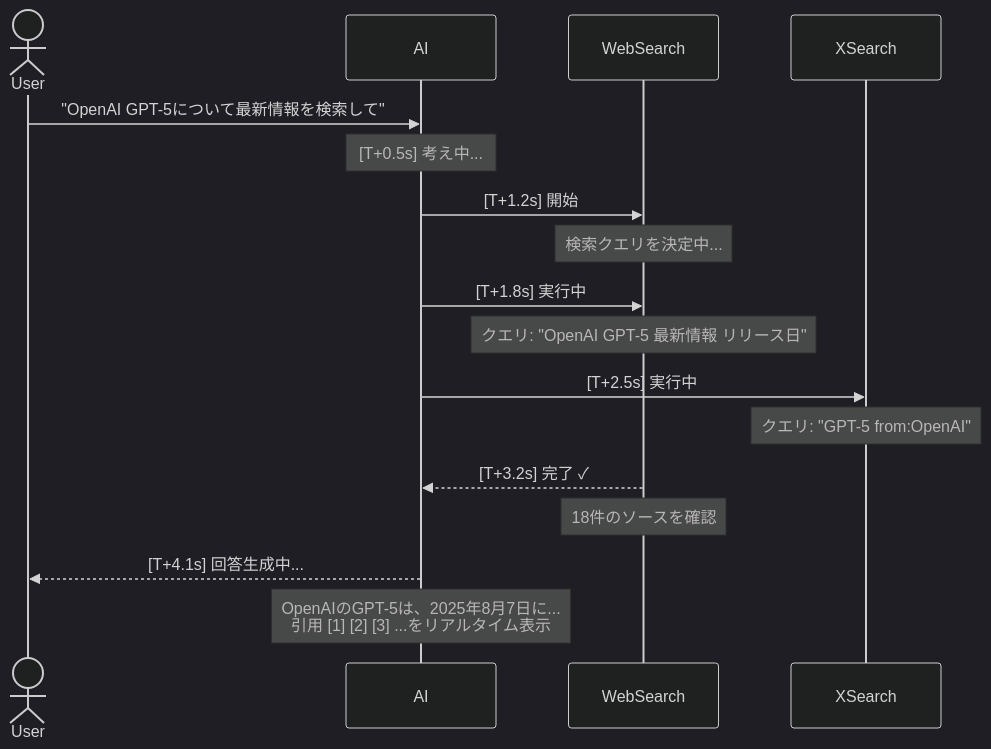
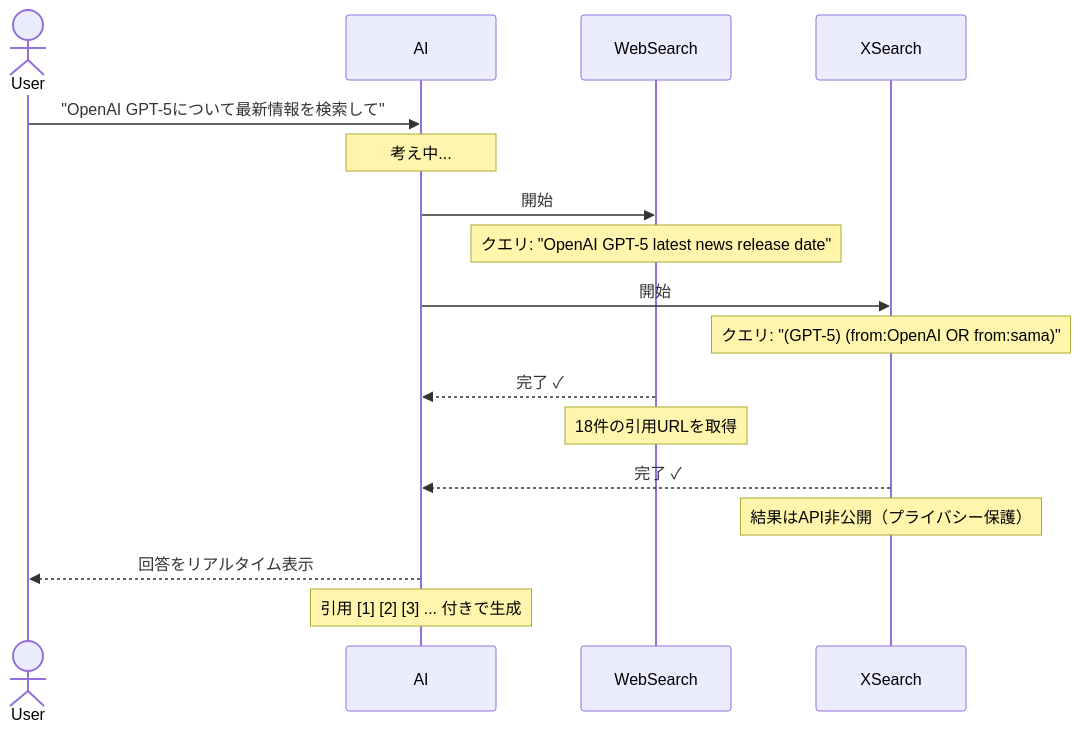
One commit to langcore-org/united-productions-web changed the first of 2 diagrams in docs/plans/tool-details-display.md. Above: the diagram before and after it, drawn with Mermaid. The commit also changed other lines of this file and 13 other files, not shown here.

````diff
--- a/docs/plans/tool-details-display.md
+++ b/docs/plans/tool-details-display.md
@@ -14,27 +14,26 @@
 ```mermaid
-%%{init: {'theme': 'dark', 'themeVariables': { 'primaryColor': '#4a90d9', 'primaryTextColor': '#fff', 'primaryBorderColor': '#4a90d9', 'lineColor': '#666', 'secondaryColor': '#006100', 'tertiaryColor': '#fff'}}}%%
 sequenceDiagram
     actor User
     participant AI
     participant WebSearch
     participant XSearch
-    
+
     User->>AI: "OpenAI GPT-5について最新情報を検索して"
-    
-    Note over AI: [T+0.5s] 考え中...
-    
-    AI->>WebSearch: [T+1.2s] 開始
-    Note over WebSearch: 検索クエリを決定中...
-    
-    AI->>WebSearch: [T+1.8s] 実行中
-    Note over WebSearch: クエリ: "OpenAI GPT-5 最新情報 リリース日"
-    
-    AI->>XSearch: [T+2.5s] 実行中
-    Note over XSearch: クエリ: "GPT-5 from:OpenAI"
-    
-    WebSearch-->>AI: [T+3.2s] 完了 ✓
-    Note over WebSearch: 18件のソースを確認
-    
-    AI-->>User: [T+4.1s] 回答生成中...
-    Note over AI: OpenAIのGPT-5は、2025年8月7日に...<br/>引用 [1] [2] [3] ...をリアルタイム表示
+
+    Note over AI: 考え中...
+
+    AI->>WebSearch: 開始
+    Note over WebSearch: クエリ: "OpenAI GPT-5 latest news release date"
+
+    AI->>XSearch: 開始
+    Note over XSearch: クエリ: "(GPT-5) (from:OpenAI OR from:sama)"
+
+    WebSearch-->>AI: 完了 ✓
+    Note over WebSearch: 18件の引用URLを取得
+
+    XSearch-->>AI: 完了 ✓
+    Note over XSearch: 結果はAPI非公開（プライバシー保護）
+
+    AI-->>User: 回答をリアルタイム表示
+    Note over AI: 引用 [1] [2] [3] ... 付きで生成
 ```
````
